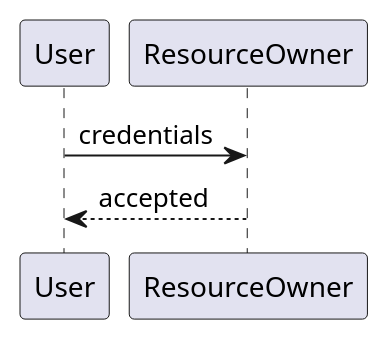
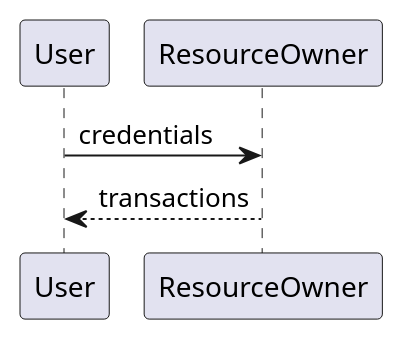
One commit to sheymans/elementsOf changed the diagram in oauth2/images/simple_auth2.puml. Above: the diagram before and after it, drawn with PlantUML. The commit also changed 4 other files, not shown here.

```diff
--- a/oauth2/images/simple_auth2.puml
+++ b/oauth2/images/simple_auth2.puml
@@ -1,4 +1,4 @@
 @startuml
 User -> ResourceOwner: credentials
-ResourceOwner --> User: accepted
+ResourceOwner --> User: transactions
 @enduml
```
